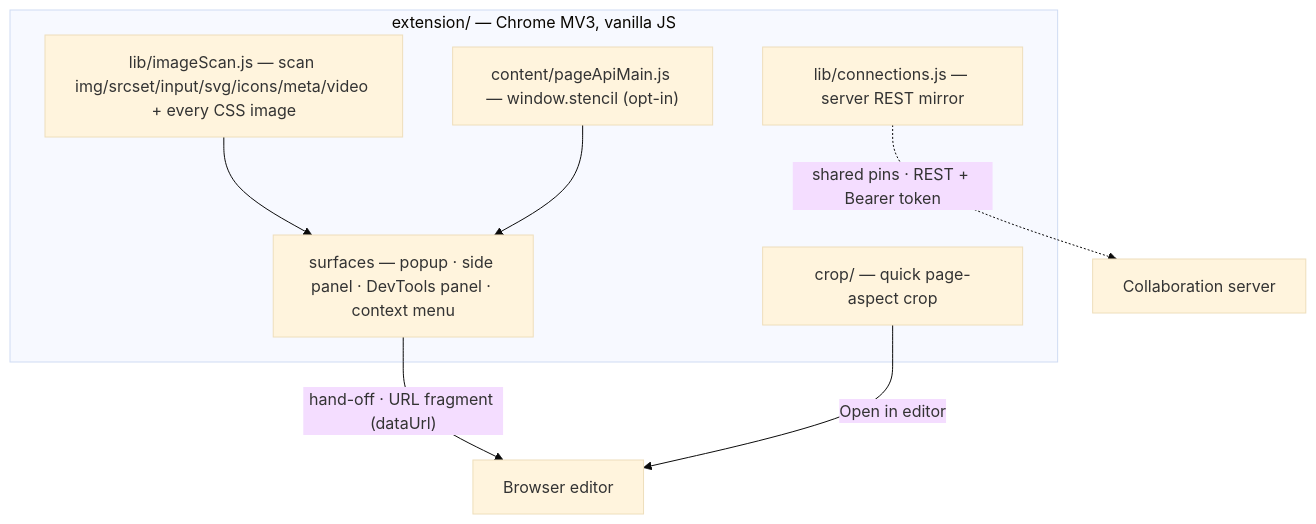
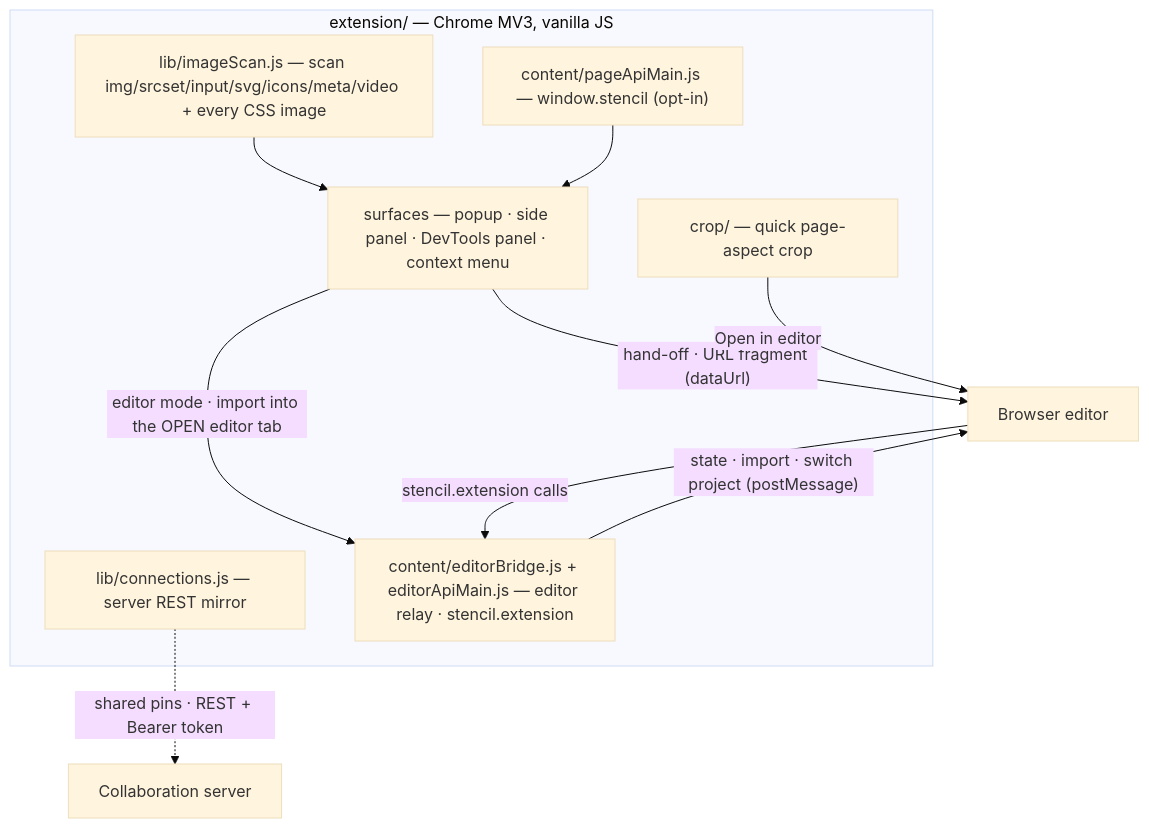
The diagram in extension/README.md (andrew1407/stencil), drawn with Mermaid (base theme) before and after one commit. The commit also changed other lines of this file and 277 other files, not shown here.

Commit message:
Add the LLM chat assistant to the browser editor and the extension (SSRF-guarded page scanning), decomposing drawingApp and popup into parity-pinned shared modules

````diff
--- a/extension/README.md
+++ b/extension/README.md
@@ -10,18 +10,22 @@
 ```mermaid
 graph TD
     subgraph EXT["extension/ — Chrome MV3, vanilla JS"]
       SCAN["lib/imageScan.js — scan img/srcset/input/svg/icons/meta/video + every CSS image"]
       SURF["surfaces — popup · side panel · DevTools panel · context menu"]
       CROP["crop/ — quick page-aspect crop"]
       CONN["lib/connections.js — server REST mirror"]
       PAGEAPI["content/pageApiMain.js — window.stencil (opt-in)"]
+      EDITREL["content/editorBridge.js + editorApiMain.js — editor relay · stencil.extension"]
     end
     WEB["Browser editor"]
     SRV["Collaboration server"]
 
     SCAN --> SURF
     SURF -->|"hand-off · URL fragment (dataUrl)"| WEB
+    SURF -->|"editor mode · import into the OPEN editor tab"| EDITREL
     CROP -->|"Open in editor"| WEB
     PAGEAPI --> SURF
+    EDITREL -->|"state · import · switch project (postMessage)"| WEB
+    WEB -->|"stencil.extension calls"| EDITREL
     CONN -.->|"shared pins · REST + Bearer token"| SRV
 ```
````
